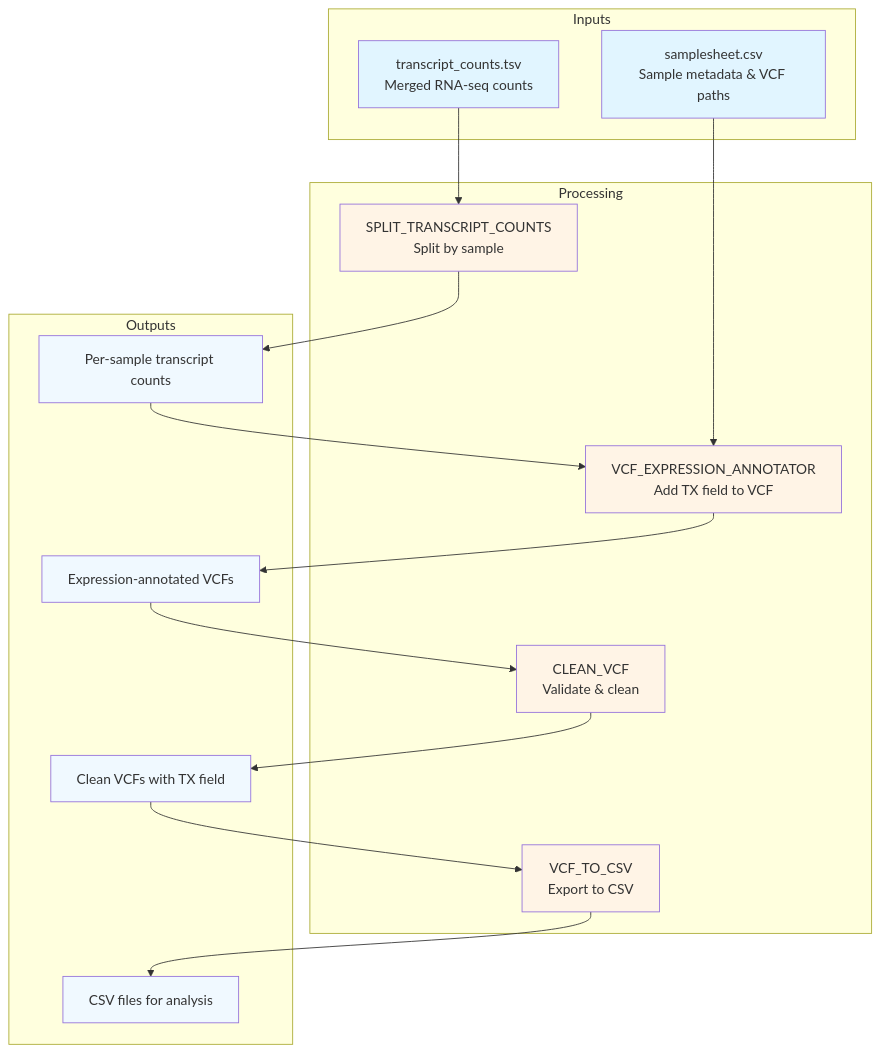
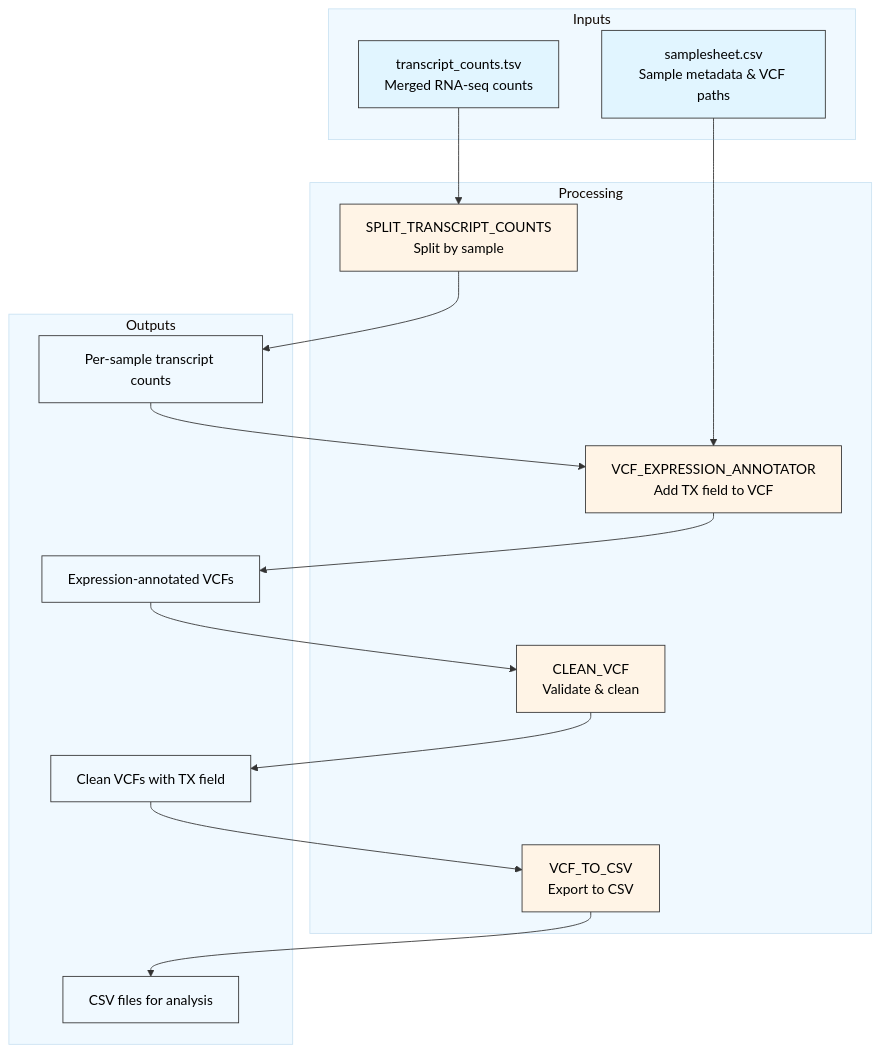
The diagram in README.md (tylergross97/vcf_expression_annotation), drawn with Mermaid before and after one commit.

Commit message:
Fixed font of mermaid graph in README for improved visibility

````diff
--- a/README.md
+++ b/README.md
@@ -64,42 +64,43 @@
 ```mermaid
+%%{init: {'theme':'base', 'themeVariables': { 'primaryColor':'#e1f5ff','primaryTextColor':'#000','primaryBorderColor':'#333','lineColor':'#333','secondaryColor':'#fff4e6','tertiaryColor':'#f0f9ff','nodeTextColor':'#000','textColor':'#000','labelTextColor':'#000'}}}%%
 graph TB
     subgraph Inputs
         A[transcript_counts.tsv<br/>Merged RNA-seq counts]
         B[samplesheet.csv<br/>Sample metadata & VCF paths]
     end
     
     subgraph Processing
         C[SPLIT_TRANSCRIPT_COUNTS<br/>Split by sample]
         D[VCF_EXPRESSION_ANNOTATOR<br/>Add TX field to VCF]
         E[CLEAN_VCF<br/>Validate & clean]
         F[VCF_TO_CSV<br/>Export to CSV]
     end
     
     subgraph Outputs
         G[Per-sample transcript counts]
         H[Expression-annotated VCFs]
         I[Clean VCFs with TX field]
         J[CSV files for analysis]
     end
     
     A --> C
     B --> D
     C --> G
     G --> D
     D --> H
     H --> E
     E --> I
     I --> F
     F --> J
     
-    style A fill:#e1f5ff
-    style B fill:#e1f5ff
-    style C fill:#fff4e6
-    style D fill:#fff4e6
-    style E fill:#fff4e6
-    style F fill:#fff4e6
-    style G fill:#f0f9ff
-    style H fill:#f0f9ff
-    style I fill:#f0f9ff
-    style J fill:#f0f9ff
+    style A fill:#e1f5ff,color:#000
+    style B fill:#e1f5ff,color:#000
+    style C fill:#fff4e6,color:#000
+    style D fill:#fff4e6,color:#000
+    style E fill:#fff4e6,color:#000
+    style F fill:#fff4e6,color:#000
+    style G fill:#f0f9ff,color:#000
+    style H fill:#f0f9ff,color:#000
+    style I fill:#f0f9ff,color:#000
+    style J fill:#f0f9ff,color:#000
 ```
````
